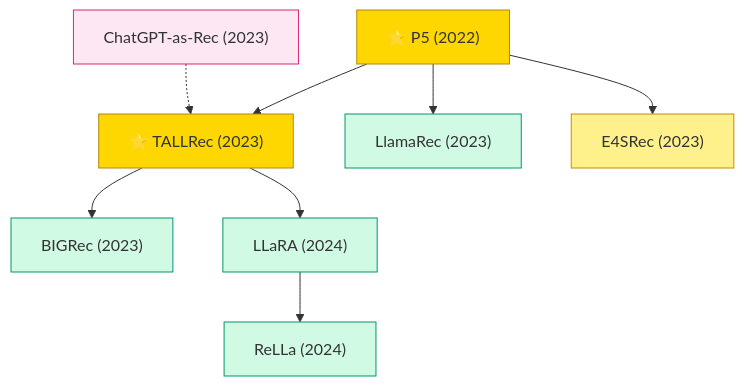
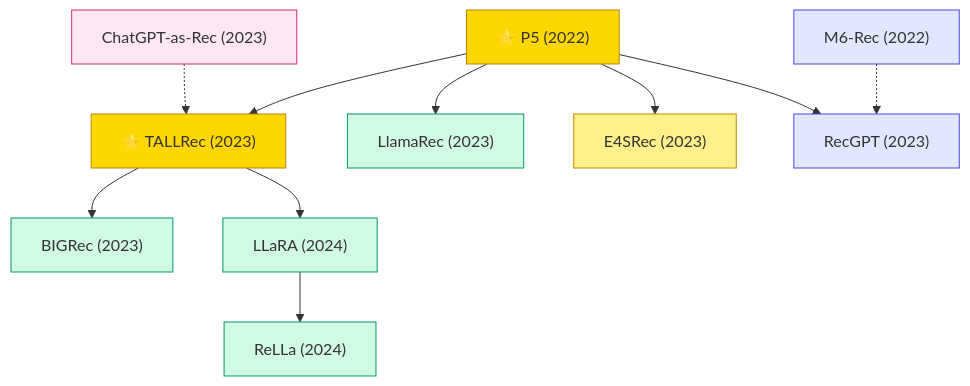
Before and after one commit to zerenzhou/Awesome-Machine-Learning-Papers: the diagram in domains/recommendation/llm4rec/README.md, drawn with Mermaid. The commit also changed 1 other file, not shown here.

Commit message:
docs(recommendation): add missing nodes for hypergraph and unified_prompt classes
graph-rec: add HCCF (2022) to use the hypergraph classDef, matching the
  Paradigm Legend's Hypergraph row.
llm4rec: add M6-Rec (2022) and RecGPT (2023) to use the unified_prompt
  classDef, matching the Paradigm Legend's Unified Prompt row.

````diff
--- a/domains/recommendation/llm4rec/README.md
+++ b/domains/recommendation/llm4rec/README.md
@@ -7,16 +7,18 @@
 ```mermaid
 graph TD
     classDef unified_prompt fill:#E0E7FF,stroke:#4F46E5
     classDef instruction_tune fill:#D1FAE5,stroke:#059669
     classDef zero_shot fill:#FCE7F3,stroke:#DB2777
     classDef embedding fill:#FEF08A,stroke:#CA8A04
     classDef star fill:#FFD700,stroke:#B8860B
 
     P5["⭐ P5 (2022)"]:::star --> TALLRec["⭐ TALLRec (2023)"]:::star
     P5 --> LlamaRec["LlamaRec (2023)"]:::instruction_tune
     TALLRec --> BIGRec["BIGRec (2023)"]:::instruction_tune
     TALLRec --> LLaRA["LLaRA (2024)"]:::instruction_tune
     P5 --> E4SRec["E4SRec (2023)"]:::embedding
     ChatGPTRec["ChatGPT-as-Rec (2023)"]:::zero_shot -.-> TALLRec
     LLaRA --> ReLLa["ReLLa (2024)"]:::instruction_tune
+    P5 --> RecGPT["RecGPT (2023)"]:::unified_prompt
+    M6Rec["M6-Rec (2022)"]:::unified_prompt -.-> RecGPT
 ```
````
